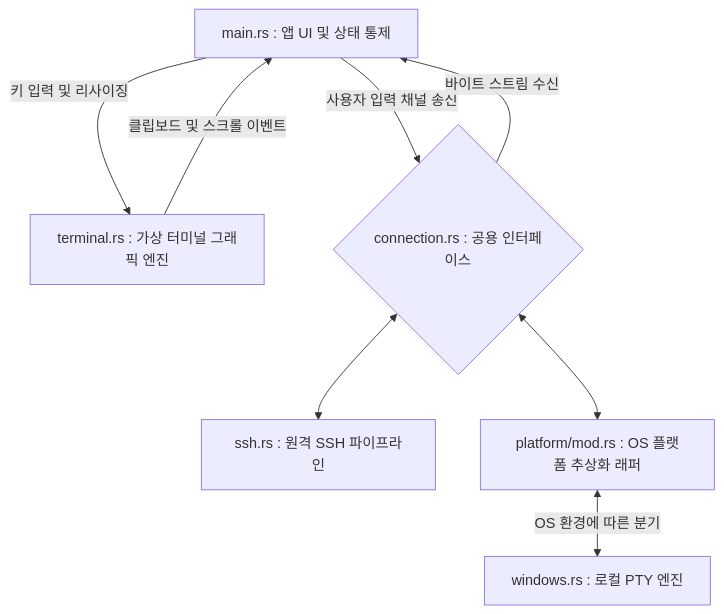
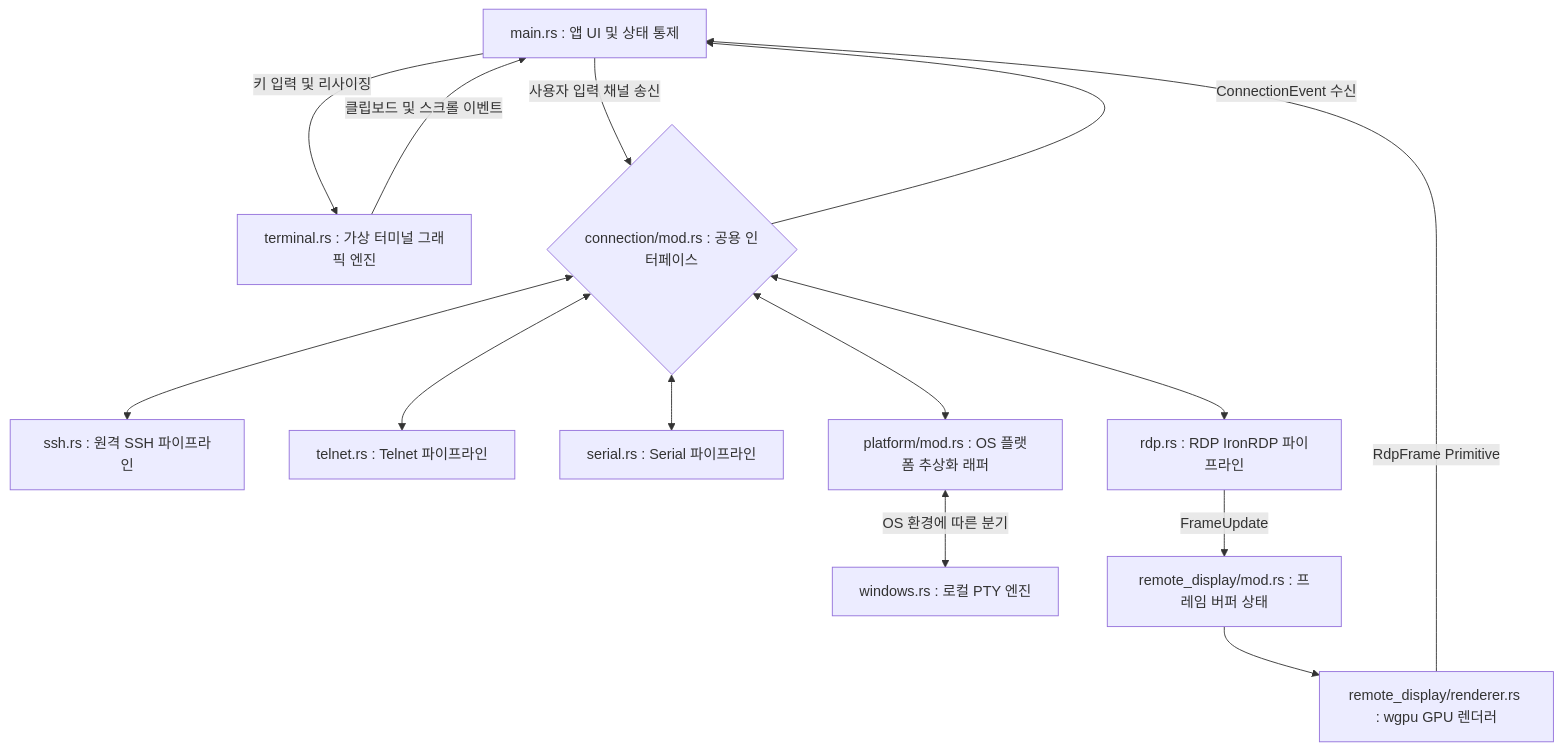
The diagram in docs/kterm_architecture_overview.md (blazepsyki/kterm), drawn with Mermaid before and after one commit. The commit also changed other lines of this file and 6 other files, not shown here.

Commit message:
feat: RDP 통합 및 관련 문서 업데이트 — IronRDP 기반 원격 화면 세션 구현 완료

````diff
--- a/docs/kterm_architecture_overview.md
+++ b/docs/kterm_architecture_overview.md
@@ -32,19 +34,31 @@
 ```mermaid
 graph TD
     M[main.rs : 앱 UI 및 상태 통제]
     T[terminal.rs : 가상 터미널 그래픽 엔진]
-    C{connection.rs : 공용 인터페이스}
+    C{connection/mod.rs : 공용 인터페이스}
     S[ssh.rs : 원격 SSH 파이프라인]
+    TL[telnet.rs : Telnet 파이프라인]
+    SR[serial.rs : Serial 파이프라인]
+    R[rdp.rs : RDP IronRDP 파이프라인]
     P[platform/mod.rs : OS 플랫폼 추상화 래퍼]
     L[windows.rs : 로컬 PTY 엔진]
+    RD[remote_display/mod.rs : 프레임 버퍼 상태]
+    RR[remote_display/renderer.rs : wgpu GPU 렌더러]
 
     M -->|키 입력 및 리사이징| T
     T -->|클립보드 및 스크롤 이벤트| M
 
     M -->|사용자 입력 채널 송신| C
-    C -->|바이트 스트림 수신| M
+    C -->|ConnectionEvent 수신| M
 
     C <--> S
+    C <--> TL
+    C <--> SR
+    C <--> R
     C <--> P
     P <-->|OS 환경에 따른 분기| L
+
+    R -->|FrameUpdate| RD
+    RD --> RR
+    RR -->|RdpFrame Primitive| M
 ```
````
